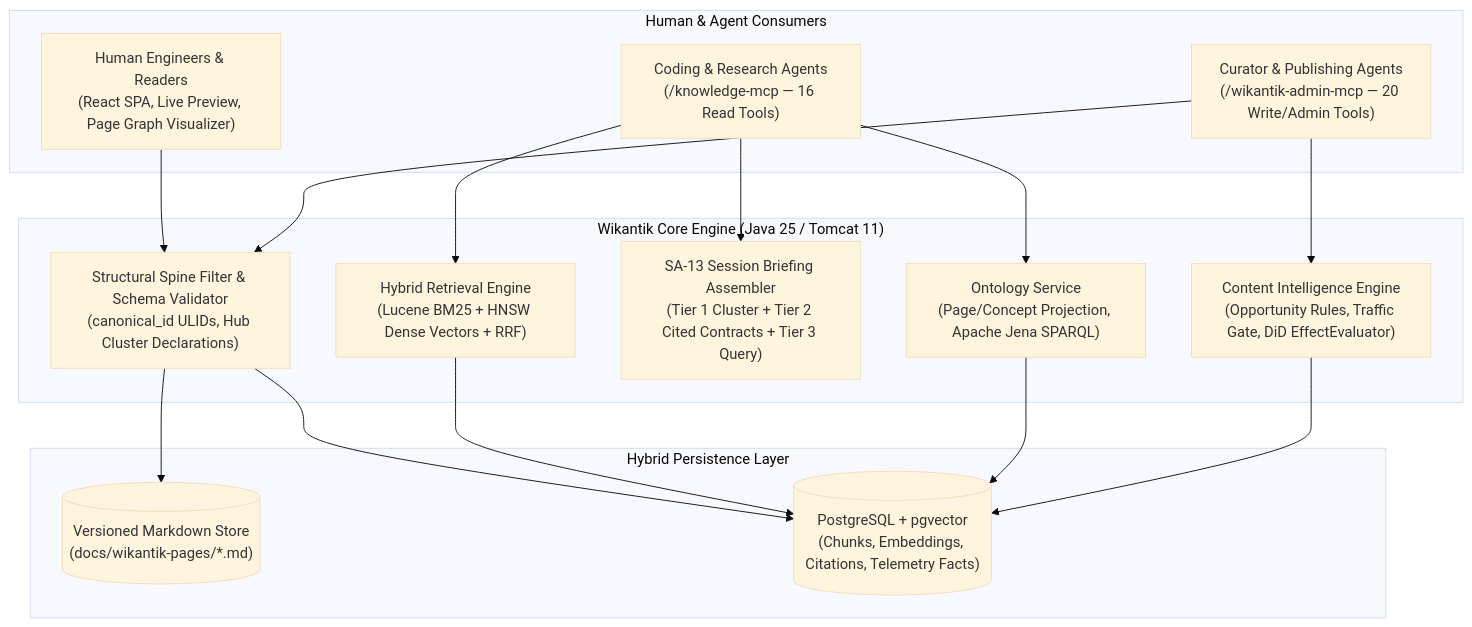
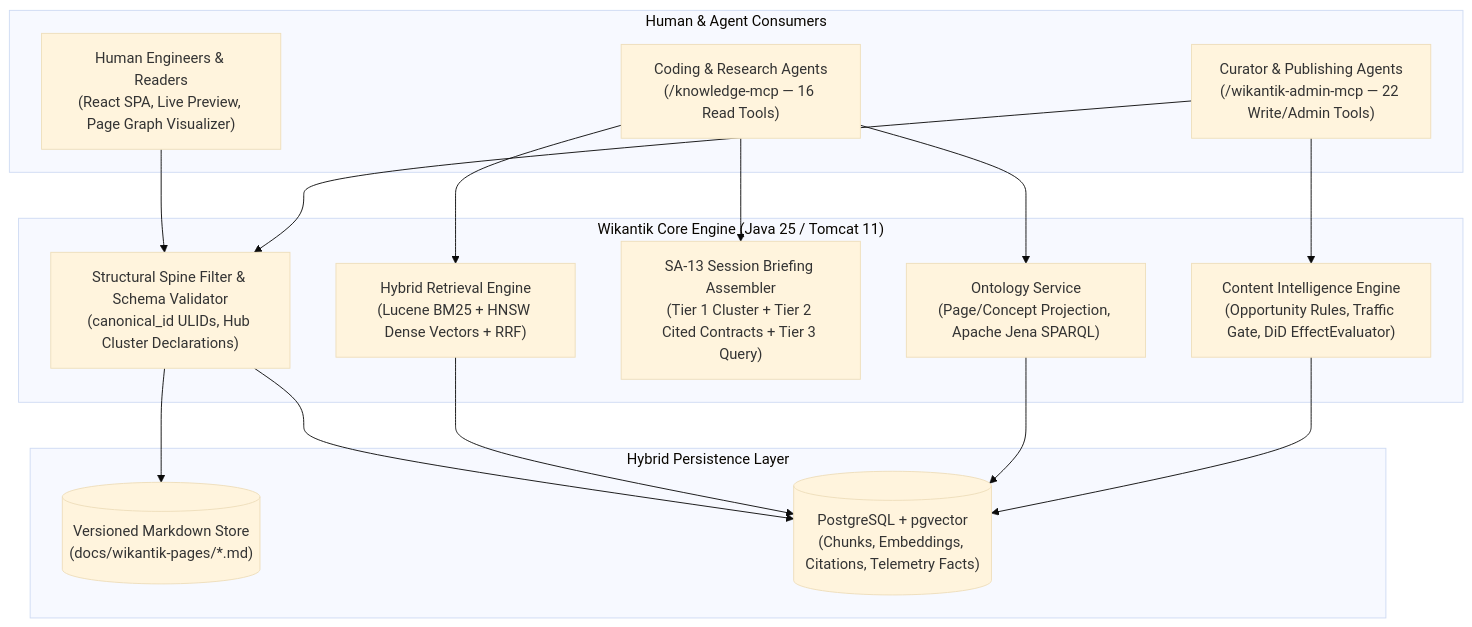
The first of 4 diagrams in docs/wikantik-pages/About.md (jakefearsd/wikantik), drawn with Mermaid (base theme) before and after one commit. The commit also changed other lines of this file and 3 other files, not shown here.

````diff
--- a/docs/wikantik-pages/About.md
+++ b/docs/wikantik-pages/About.md
@@ -69,33 +69,33 @@
 ```mermaid
 flowchart TB
     subgraph Clients["Human & Agent Consumers"]
         Human["Human Engineers & Readers<br/>(React SPA, Live Preview, Page Graph Visualizer)"]
         ReadAgent["Coding & Research Agents<br/>(/knowledge-mcp — 16 Read Tools)"]
-        AdminAgent["Curator & Publishing Agents<br/>(/wikantik-admin-mcp — 20 Write/Admin Tools)"]
+        AdminAgent["Curator & Publishing Agents<br/>(/wikantik-admin-mcp — 22 Write/Admin Tools)"]
     end
 
     subgraph Core["Wikantik Core Engine (Java 25 / Tomcat 11)"]
         Spine["Structural Spine Filter & Schema Validator<br/>(canonical_id ULIDs, Hub Cluster Declarations)"]
         Hybrid["Hybrid Retrieval Engine<br/>(Lucene BM25 + HNSW Dense Vectors + RRF)"]
         Briefing["SA-13 Session Briefing Assembler<br/>(Tier 1 Cluster + Tier 2 Cited Contracts + Tier 3 Query)"]
         Onto["Ontology Service<br/>(Page/Concept Projection, Apache Jena SPARQL)"]
         Insights["Content Intelligence Engine<br/>(Opportunity Rules, Traffic Gate, DiD EffectEvaluator)"]
     end
 
     subgraph Storage["Hybrid Persistence Layer"]
         FS[("Versioned Markdown Store<br/>(docs/wikantik-pages/*.md)")]
         PG[("PostgreSQL + pgvector<br/>(Chunks, Embeddings, Citations, Telemetry Facts)")]
     end
 
     Human --> Spine
     AdminAgent --> Spine
     ReadAgent --> Hybrid
     ReadAgent --> Briefing
     ReadAgent --> Onto
     AdminAgent --> Insights
     Spine --> FS
     Spine --> PG
     Hybrid --> PG
     Onto --> PG
     Insights --> PG
 ```
````
